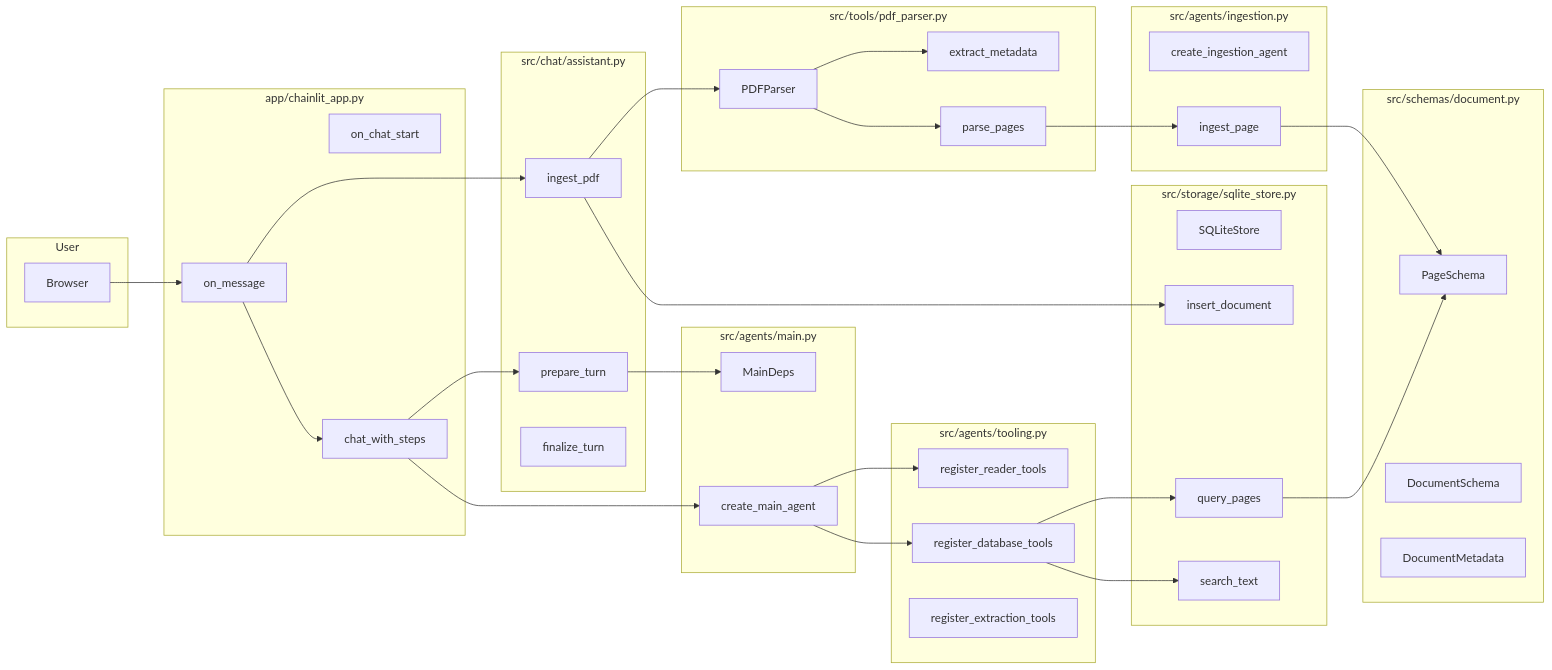
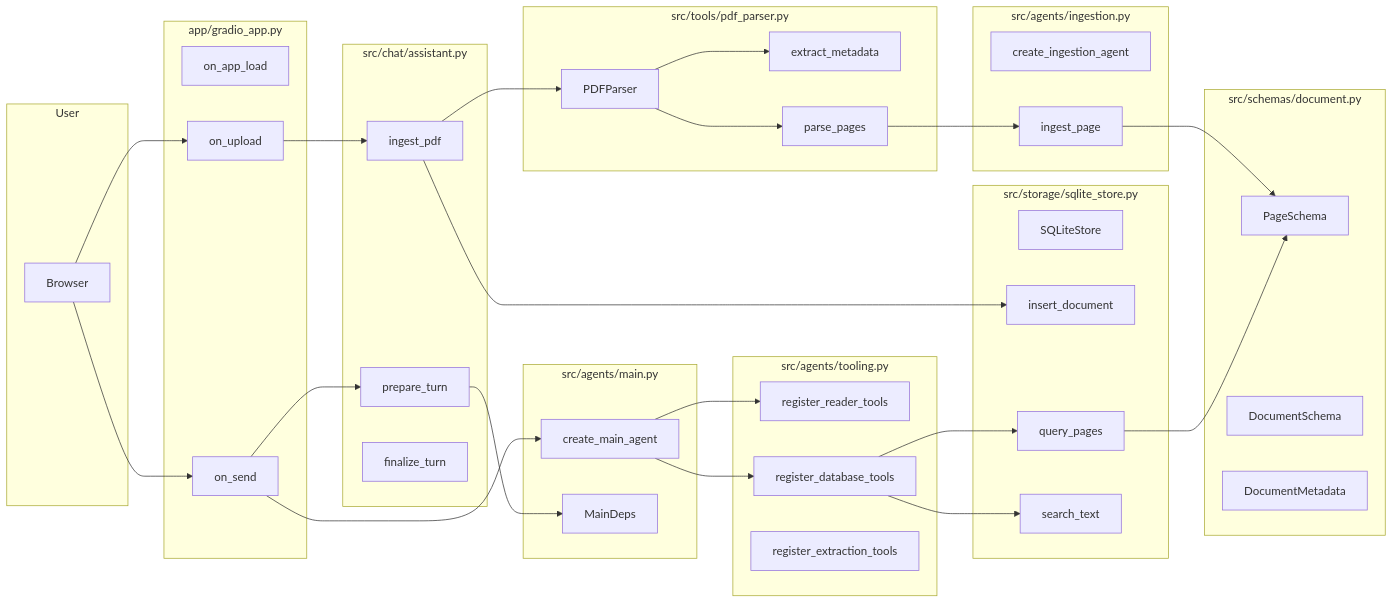
One commit to dallal9/Doc2Agent changed the second of 5 diagrams in docs/architecture.md. Above: the diagram before and after it, drawn with Mermaid. The commit also changed other lines of this file and 33 other files, not shown here.

Commit message:
feat/switch to gradio and drop chainlit

````diff
--- a/docs/architecture.md
+++ b/docs/architecture.md
@@ -53,71 +53,71 @@
 ```mermaid
 flowchart LR
     subgraph User
         Browser[Browser]
     end
 
-    subgraph ChainlitApp [app/chainlit_app.py]
-        OnStart[on_chat_start]
-        OnMessage[on_message]
-        ChatSteps[chat_with_steps]
+    subgraph GradioApp [app/gradio_app.py]
+        OnLoad[on_app_load]
+        OnSend[on_send]
+        OnUpload[on_upload]
     end
 
     subgraph ChatAssistant [src/chat/assistant.py]
         IngestPDF[ingest_pdf]
         PrepareTurn[prepare_turn]
         FinalizeTurn[finalize_turn]
     end
 
     subgraph PDFPipeline [src/tools/pdf_parser.py]
         PDFParser[PDFParser]
         ExtractMeta[extract_metadata]
         ParsePages[parse_pages]
     end
 
     subgraph IngestionAgent [src/agents/ingestion.py]
         CreateIng[create_ingestion_agent]
         IngestPage[ingest_page]
     end
 
     subgraph MainAgent [src/agents/main.py]
         CreateMain[create_main_agent]
         MainDeps[MainDeps]
     end
 
     subgraph Tools [src/agents/tooling.py]
         ReaderTools[register_reader_tools]
         DBTools[register_database_tools]
         ExtractionTools[register_extraction_tools]
     end
 
     subgraph StorageLayer [src/storage/sqlite_store.py]
         SQLiteStore[SQLiteStore]
         InsertDoc[insert_document]
         QueryPages[query_pages]
         SearchFTS[search_text]
     end
 
     subgraph Schemas [src/schemas/document.py]
         PageSchema[PageSchema]
         DocSchema[DocumentSchema]
         DocMeta[DocumentMetadata]
     end
 
-    Browser --> OnMessage
-    OnMessage --> IngestPDF
-    OnMessage --> ChatSteps
+    Browser --> OnSend
+    Browser --> OnUpload
+    OnUpload --> IngestPDF
+    OnSend --> PrepareTurn
     IngestPDF --> PDFParser
     PDFParser --> ExtractMeta
     PDFParser --> ParsePages
     ParsePages --> IngestPage
     IngestPage --> PageSchema
     IngestPDF --> InsertDoc
-    ChatSteps --> PrepareTurn
     PrepareTurn --> MainDeps
-    ChatSteps --> CreateMain
+    OnSend --> CreateMain
     CreateMain --> ReaderTools
     CreateMain --> DBTools
     DBTools --> QueryPages
     DBTools --> SearchFTS
     QueryPages --> PageSchema
 ```
````
